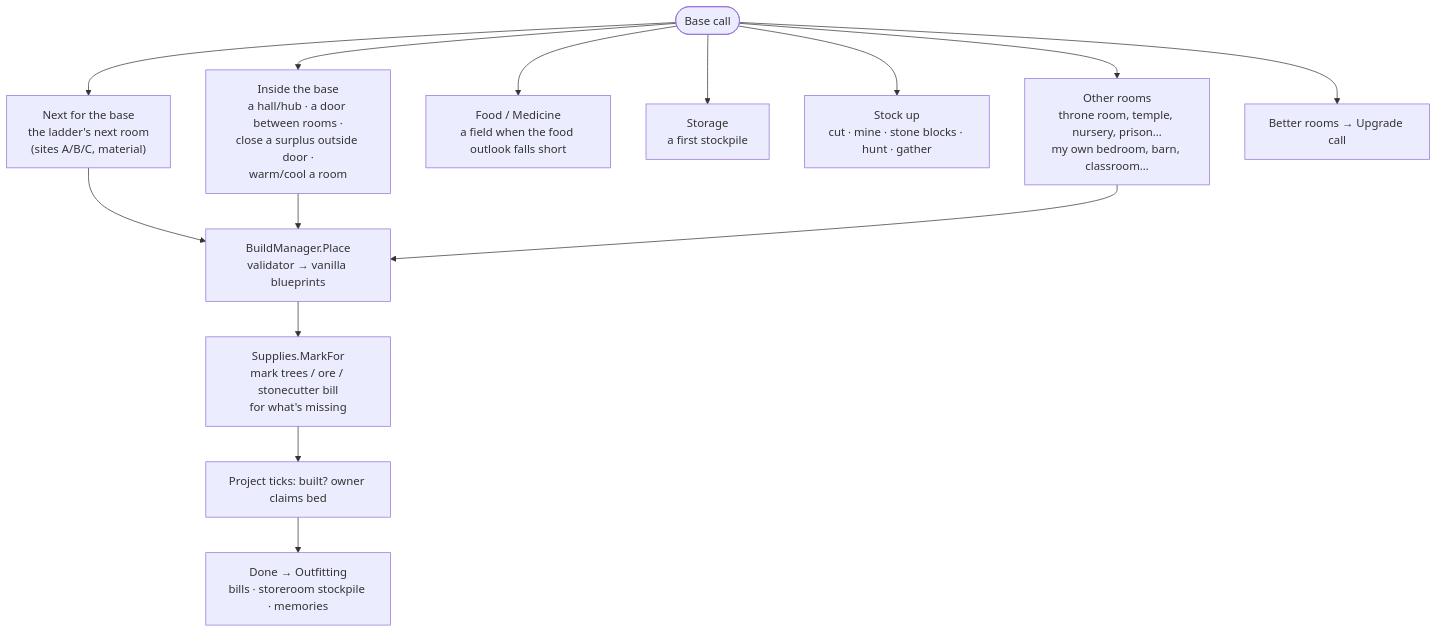
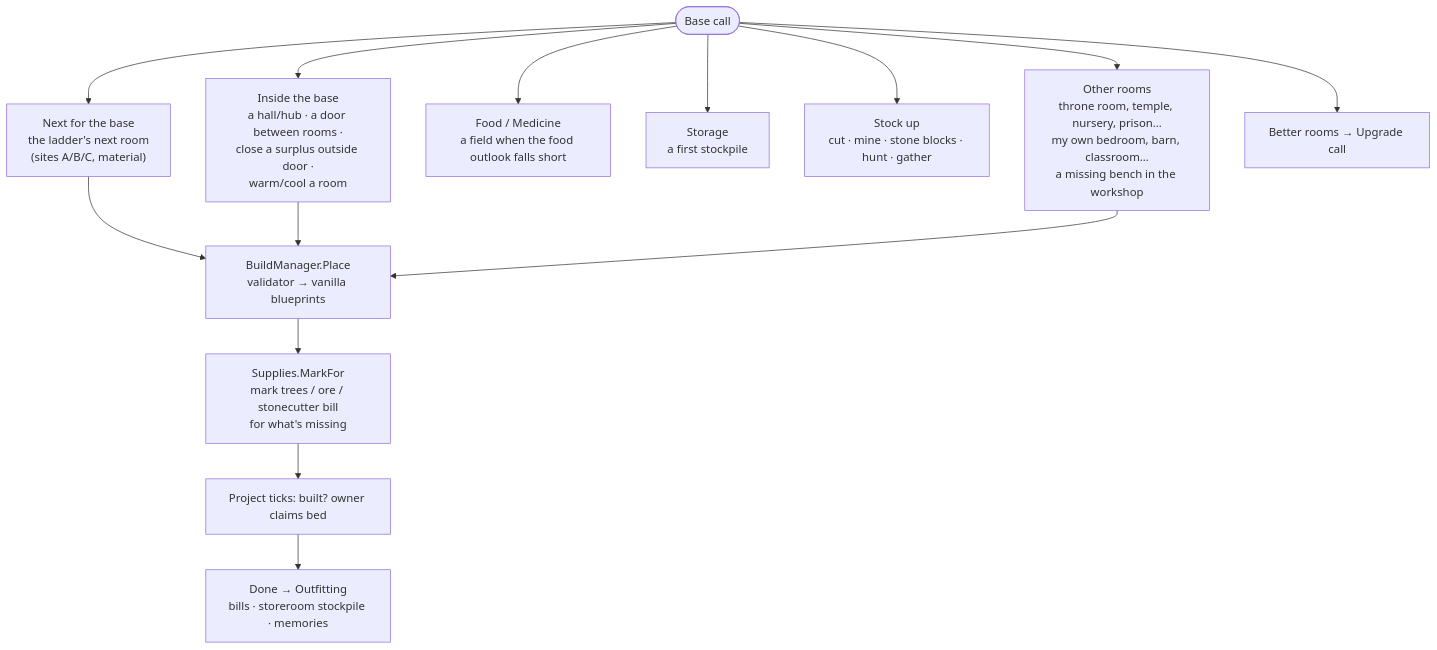
Before and after one commit to ManuelPDM/RimAIFriend: the fifth of 8 diagrams in README.md, drawn with Mermaid. The commit also changed other lines of this file and 8 other files, not shown here.

Commit message:
Enhance workshop mechanics: add missing bench logic and update room definitions for AI Pawn Control

````diff
--- a/README.md
+++ b/README.md
@@ -354,14 +354,14 @@
 ```mermaid
 flowchart TD
     BC(["Base call"]) --> N["Next for the base<br/>the ladder's next room<br/>(sites A/B/C, material)"]
     BC --> I["Inside the base<br/>a hall/hub · a door between rooms ·<br/>close a surplus outside door ·<br/>warm/cool a room"]
     BC --> F["Food / Medicine<br/>a field when the food outlook falls short"]
     BC --> S["Storage<br/>a first stockpile"]
     BC --> SU["Stock up<br/>cut · mine · stone blocks · hunt · gather"]
-    BC --> O["Other rooms<br/>throne room, temple, nursery, prison…<br/>my own bedroom, barn, classroom…"]
+    BC --> O["Other rooms<br/>throne room, temple, nursery, prison…<br/>my own bedroom, barn, classroom…<br/>a missing bench in the workshop"]
     BC --> U["Better rooms → Upgrade call"]
     N & I & O --> Place["BuildManager.Place<br/>validator → vanilla blueprints"]
     Place --> Mark["Supplies.MarkFor<br/>mark trees / ore / stonecutter bill<br/>for what's missing"]
     Mark --> Proj["Project ticks: built? owner claims bed"]
     Proj --> Done["Done → Outfitting<br/>bills · storeroom stockpile · memories"]
 ```
````
